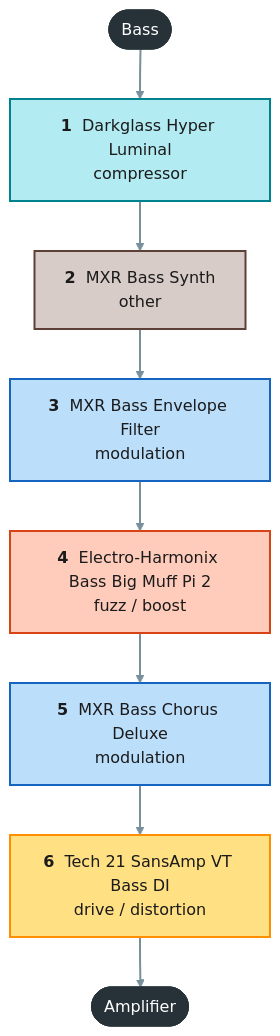
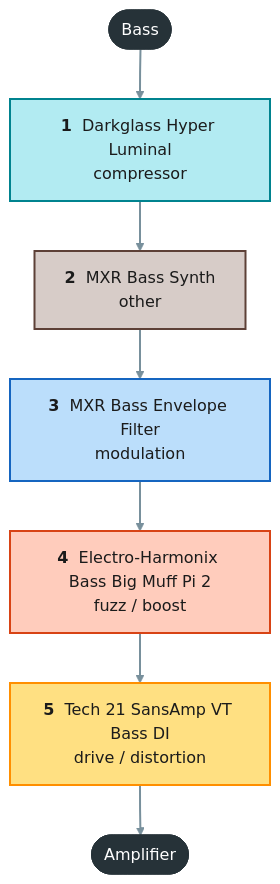
The diagram in projects/bass/signal-chain.mmd (pedroacvieira/pedalboard), drawn with Mermaid before and after one commit. The commit also changed 22 other files, not shown here.

Commit message:
Bass without the Chorus Deluxe (owner); practice proposals; pedal-preferences plan; handovers; TODO

```diff
--- a/projects/bass/signal-chain.mmd
+++ b/projects/bass/signal-chain.mmd
@@ -1,17 +1,16 @@
 flowchart TB
     guitar(["Bass"]):::endpoint
     darkglass_hyper_luminal["<b>1</b> &nbsp;Darkglass Hyper Luminal<br/>compressor"]:::c_compressor
     mxr_bass_synth["<b>2</b> &nbsp;MXR Bass Synth<br/>other"]:::c_other
     mxr_bass_envelope_filter["<b>3</b> &nbsp;MXR Bass Envelope Filter<br/>modulation"]:::c_modulation
     ehx_bass_big_muff_2["<b>4</b> &nbsp;Electro-Harmonix Bass Big Muff Pi 2<br/>fuzz / boost"]:::c_fuzz___boost
-    mxr_bass_chorus_deluxe["<b>5</b> &nbsp;MXR Bass Chorus Deluxe<br/>modulation"]:::c_modulation
-    tech21_vt_bass_di["<b>6</b> &nbsp;Tech 21 SansAmp VT Bass DI<br/>drive / distortion"]:::c_drive___distortion
+    tech21_vt_bass_di["<b>5</b> &nbsp;Tech 21 SansAmp VT Bass DI<br/>drive / distortion"]:::c_drive___distortion
     amp(["Amplifier"]):::endpoint
-    guitar --> darkglass_hyper_luminal --> mxr_bass_synth --> mxr_bass_envelope_filter --> ehx_bass_big_muff_2 --> mxr_bass_chorus_deluxe --> tech21_vt_bass_di --> amp
+    guitar --> darkglass_hyper_luminal --> mxr_bass_synth --> mxr_bass_envelope_filter --> ehx_bass_big_muff_2 --> tech21_vt_bass_di --> amp
     classDef endpoint fill:#263238,stroke:#263238,color:#ffffff
     classDef c_compressor fill:#b2ebf2,stroke:#00838f,stroke-width:2px,color:#1b1b1b
     classDef c_fuzz___boost fill:#ffccbc,stroke:#d84315,stroke-width:2px,color:#1b1b1b
     classDef c_drive___distortion fill:#ffe082,stroke:#ff8f00,stroke-width:2px,color:#1b1b1b
     classDef c_modulation fill:#bbdefb,stroke:#1565c0,stroke-width:2px,color:#1b1b1b
     classDef c_other fill:#d7ccc8,stroke:#5d4037,stroke-width:2px,color:#1b1b1b
     linkStyle default stroke:#78909c,stroke-width:2px
```
